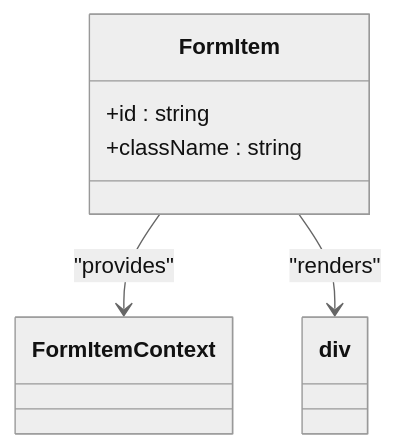
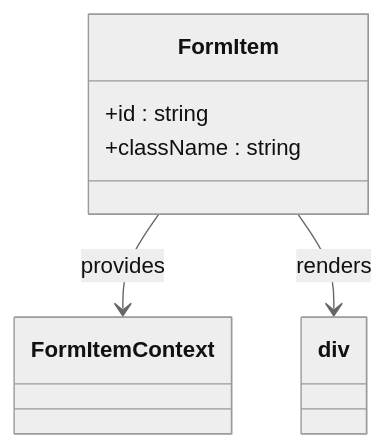
Before and after one commit to mohjak/sc-dof: the fourth of 7 diagrams in .qoder/repowiki/en/content/Component Reference/UI Component Library/Form Component.md, drawn with Mermaid (neutral theme). The commit also changed other lines of this file and 68 other files, not shown here.

First line of the commit message:
docs(docs): update component architecture docs with markdown formatting fixes

````diff
--- a/.qoder/repowiki/en/content/Component Reference/UI Component Library/Form Component.md
+++ b/.qoder/repowiki/en/content/Component Reference/UI Component Library/Form Component.md
@@ -113,9 +111,9 @@
 ```mermaid
 classDiagram
 class FormItem {
 +id : string
 +className : string
 }
-FormItem --> FormItemContext : "provides"
-FormItem --> div : "renders"
+FormItem --> FormItemContext : provides
+FormItem --> div : renders
 ```
````
